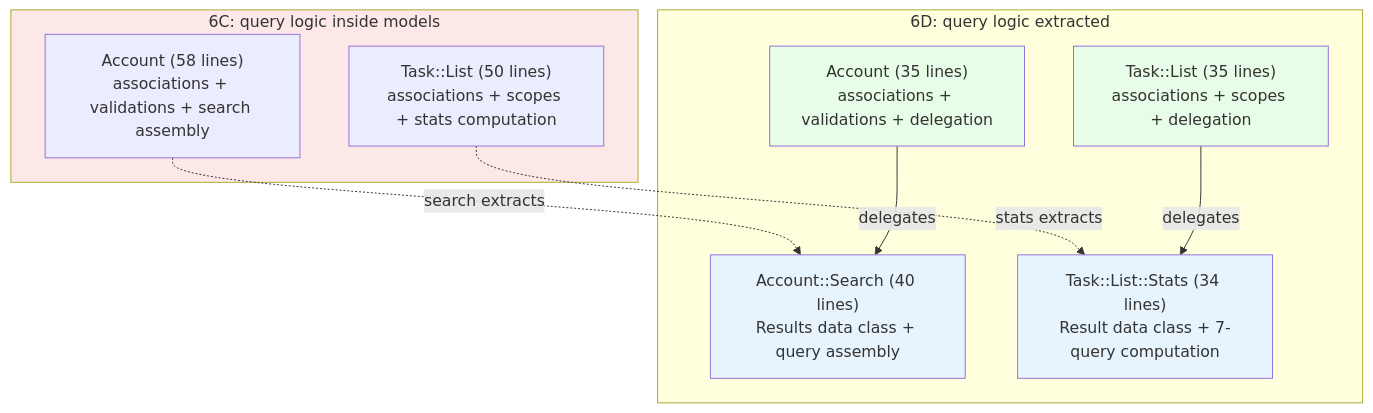
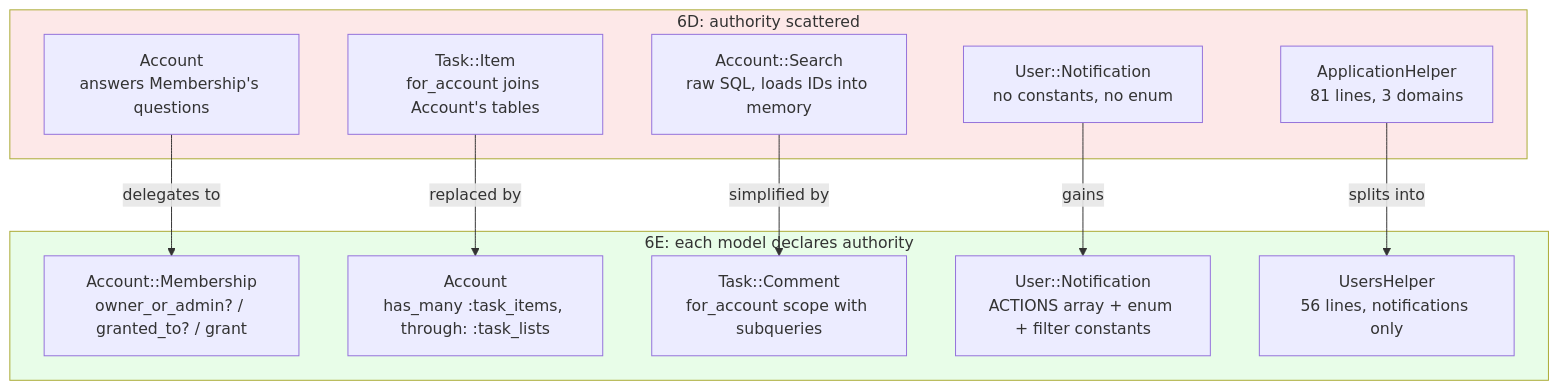
Before and after one commit to railswhey/app: the second of 2 diagrams in README.md, drawn with Mermaid. The commit also changed other lines of this file and 27 other files, not shown here.

Commit message:
6E: Declaring authority where the data lives

````diff
--- a/README.md
+++ b/README.md
@@ -202,25 +232,27 @@
 ```mermaid
 flowchart TD
-  subgraph Before["6C: query logic inside models"]
-    A1["Account (58 lines)<br/>associations + validations + search assembly"]
-    TL1["Task::List (50 lines)<br/>associations + scopes + stats computation"]
+  subgraph Before["6D: authority scattered"]
+    A1["Account<br/>answers Membership's questions"]
+    TI["Task::Item<br/>for_account joins Account's tables"]
+    AS["Account::Search<br/>raw SQL, loads IDs into memory"]
+    UN["User::Notification<br/>no constants, no enum"]
+    AH["ApplicationHelper<br/>81 lines, 3 domains"]
   end
 
-  subgraph After["6D: query logic extracted"]
-    A2["Account (35 lines)<br/>associations + validations + delegation"]
-    AS["Account::Search (40 lines)<br/>Results data class + query assembly"]
-    TL2["Task::List (35 lines)<br/>associations + scopes + delegation"]
-    TLS["Task::List::Stats (34 lines)<br/>Result data class + 7-query computation"]
+  subgraph After["6E: each model declares authority"]
+    AM["Account::Membership<br/>owner_or_admin? / granted_to? / grant"]
+    A2["Account<br/>has_many :task_items, through: :task_lists"]
+    TC["Task::Comment<br/>for_account scope with subqueries"]
+    UN2["User::Notification<br/>ACTIONS array + enum + filter constants"]
+    UH["UsersHelper<br/>56 lines, notifications only"]
   end
 
-  A1 -.->|"search extracts"| AS
-  TL1 -.->|"stats extracts"| TLS
-  A2 -->|"delegates"| AS
-  TL2 -->|"delegates"| TLS
+  A1 -->|"delegates to"| AM
+  TI -->|"replaced by"| A2
+  AS -->|"simplified by"| TC
+  UN -->|"gains"| UN2
+  AH -->|"splits into"| UH
 
   style Before fill:#fde8e8
-  style A2 fill:#e8fde8
-  style TL2 fill:#e8fde8
-  style AS fill:#e8f4fd
-  style TLS fill:#e8f4fd
+  style After fill:#e8fde8
 ```
````
